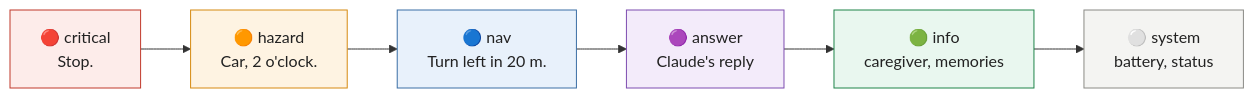
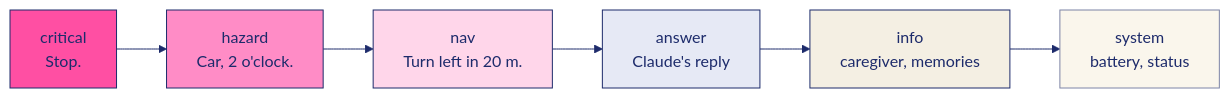
The fourth of 5 diagrams in README.md (KingArthur207/kite), drawn with Mermaid before and after one commit. The commit also changed other lines of this file and 9 other files, not shown here.

````diff
--- a/README.md
+++ b/README.md
@@ -202,11 +205,12 @@
 ```mermaid
+%%{init: {'theme':'base','themeVariables':{'primaryColor':'#FAF6EC','primaryTextColor':'#1D2B6B','primaryBorderColor':'#1D2B6B','lineColor':'#1D2B6B','secondaryColor':'#FFD6EA','tertiaryColor':'#F4EFE3','clusterBkg':'#FBF8F1','clusterBorder':'#1D2B6B','edgeLabelBackground':'#FFD6EA','actorBkg':'#FAF6EC','actorBorder':'#1D2B6B','actorTextColor':'#1D2B6B','signalColor':'#1D2B6B','signalTextColor':'#1D2B6B','noteBkgColor':'#FFD6EA','noteBorderColor':'#FF4FA3','noteTextColor':'#1D2B6B','labelBoxBkgColor':'#FFD6EA','labelBoxBorderColor':'#FF4FA3','sequenceNumberColor':'#FFFFFF','activationBkgColor':'#FFD6EA'}}}%%
 flowchart LR
-  classDef p fill:#FFFFFF,stroke:#555,color:#222
-  c["🔴 critical<br/>Stop."]:::p --> h["🟠 hazard<br/>Car, 2 o'clock."]:::p --> n["🔵 nav<br/>Turn left in 20 m."]:::p --> a["🟣 answer<br/>Claude's reply"]:::p --> i["🟢 info<br/>caregiver, memories"]:::p --> s["⚪ system<br/>battery, status"]:::p
-  style c fill:#FDECEA,stroke:#C0392B
-  style h fill:#FEF3E2,stroke:#D68910
-  style n fill:#E8F1FB,stroke:#3A6EA5
-  style a fill:#F3EBFA,stroke:#7D4CB0
-  style i fill:#E9F7EF,stroke:#1E8449
-  style s fill:#F4F4F2,stroke:#8A8A85
+  classDef p fill:#FAF6EC,stroke:#1D2B6B,color:#1D2B6B
+  c["critical<br/>Stop."]:::p --> h["hazard<br/>Car, 2 o'clock."]:::p --> n["nav<br/>Turn left in 20 m."]:::p --> a["answer<br/>Claude's reply"]:::p --> i["info<br/>caregiver, memories"]:::p --> s["system<br/>battery, status"]:::p
+  style c fill:#FF4FA3,stroke:#1D2B6B
+  style h fill:#FF8CC6,stroke:#1D2B6B
+  style n fill:#FFD6EA,stroke:#1D2B6B
+  style a fill:#E6E9F5,stroke:#1D2B6B
+  style i fill:#F4EFE3,stroke:#1D2B6B
+  style s fill:#FAF6EC,stroke:#7D84A6
 ```
````
